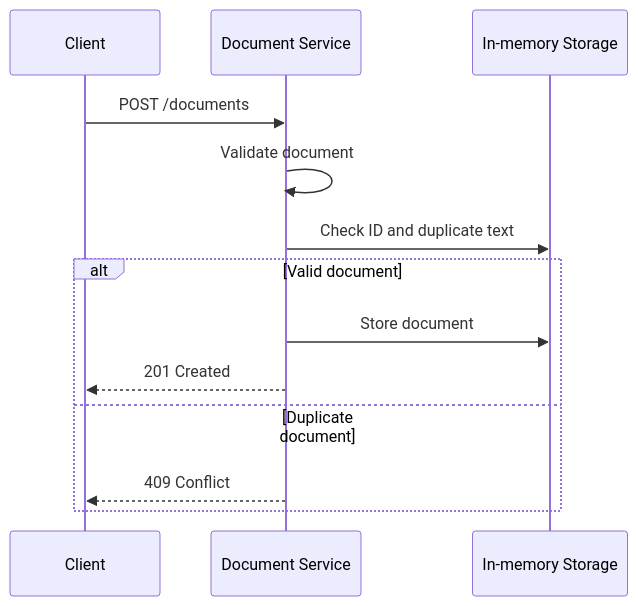
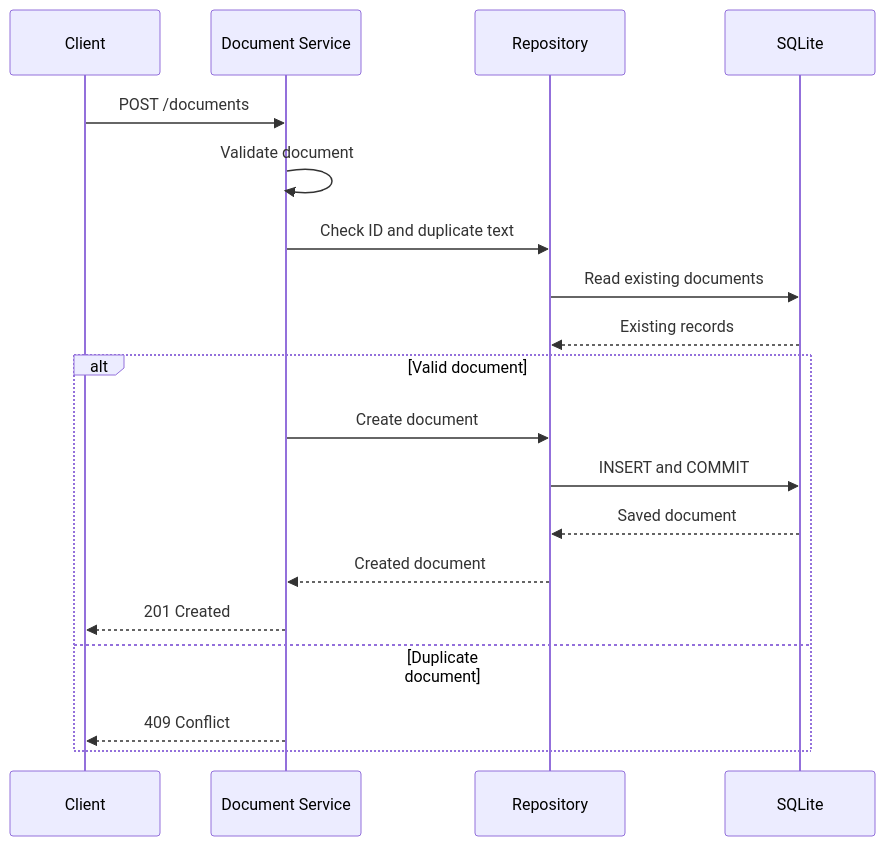
Before and after one commit to Abziii/semantic-search: the third of 4 diagrams in document-service/README.md, drawn with Mermaid. The commit also changed other lines of this file and 3 other files, not shown here.

````diff
--- a/document-service/README.md
+++ b/document-service/README.md
@@ -106,16 +139,23 @@
 ```mermaid
 sequenceDiagram
     participant Client
     participant Service as Document Service
-    participant Storage as In-memory Storage
+    participant Repository
+    participant DB as SQLite
 
     Client->>Service: POST /documents
     Service->>Service: Validate document
-    Service->>Storage: Check ID and duplicate text
+    Service->>Repository: Check ID and duplicate text
+    Repository->>DB: Read existing documents
+    DB-->>Repository: Existing records
+
     alt Valid document
-        Service->>Storage: Store document
+        Service->>Repository: Create document
+        Repository->>DB: INSERT and COMMIT
+        DB-->>Repository: Saved document
+        Repository-->>Service: Created document
         Service-->>Client: 201 Created
     else Duplicate document
         Service-->>Client: 409 Conflict
     end
 ```
````
